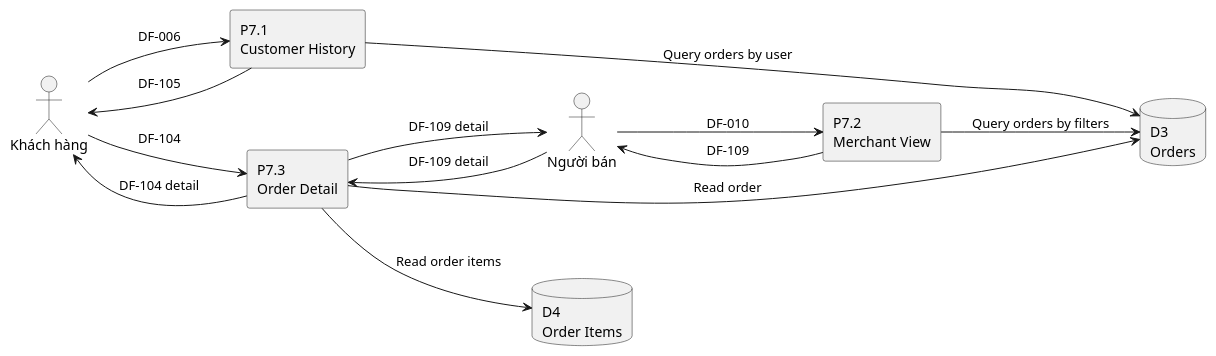
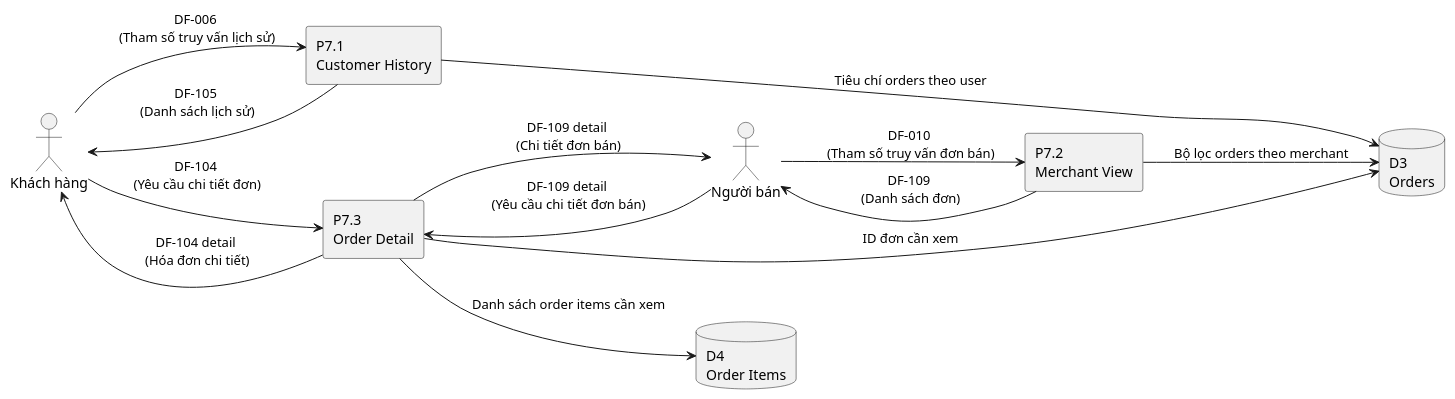
The diagram in Diagrams/software_dfd_level2_p7_orders.puml (KhoaNguyen01004/QuanLyBanHang), drawn with PlantUML before and after one commit. The commit also changed 9 other files, not shown here.

```diff
--- a/Diagrams/software_dfd_level2_p7_orders.puml
+++ b/Diagrams/software_dfd_level2_p7_orders.puml
@@ -1,27 +1,27 @@
 @startuml DFD_Level2_P7_Orders
 hide stereotype
 left to right direction
 
 actor "Khách hàng" as Customer
 actor "Người bán" as Merchant
 
 rectangle "P7.1\nCustomer History" as P71
 rectangle "P7.2\nMerchant View" as P72
 rectangle "P7.3\nOrder Detail" as P73
 
 database "D3\nOrders" as D3
 database "D4\nOrder Items" as D4
 
-Customer --> P71 : DF-006
-P71 --> D3 : Query orders by user
-P71 --> Customer : DF-105
-Merchant --> P72 : DF-010
-P72 --> D3 : Query orders by filters
-P72 --> Merchant : DF-109
-Customer --> P73 : DF-104
-Merchant --> P73 : DF-109 detail
-P73 --> D3 : Read order
-P73 --> D4 : Read order items
-P73 --> Customer : DF-104 detail
-P73 --> Merchant : DF-109 detail
+Customer --> P71 : DF-006 \n(Tham số truy vấn lịch sử)
+P71 --> D3 : Tiêu chí orders theo user
+P71 --> Customer : DF-105 \n(Danh sách lịch sử)
+Merchant --> P72 : DF-010 \n(Tham số truy vấn đơn bán)
+P72 --> D3 : Bộ lọc orders theo merchant
+P72 --> Merchant : DF-109 \n(Danh sách đơn)
+Customer --> P73 : DF-104 \n(Yêu cầu chi tiết đơn)
+Merchant --> P73 : DF-109 detail \n(Yêu cầu chi tiết đơn bán)
+P73 --> D3 : ID đơn cần xem
+P73 --> D4 : Danh sách order items cần xem
+P73 --> Customer : DF-104 detail \n(Hóa đơn chi tiết)
+P73 --> Merchant : DF-109 detail \n(Chi tiết đơn bán)
 @enduml
```
